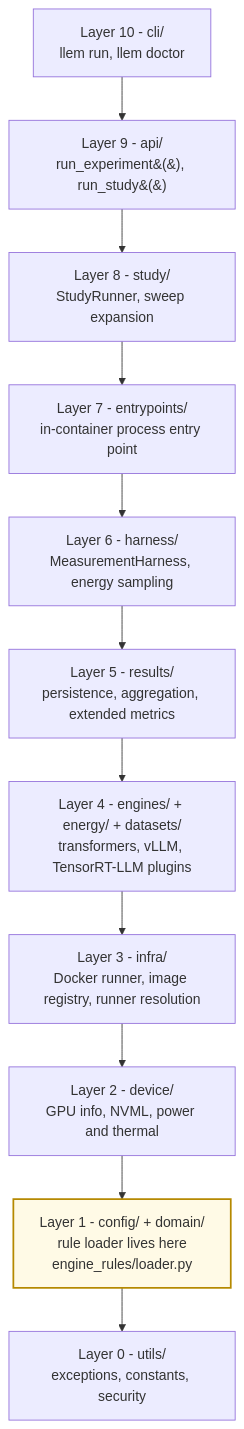
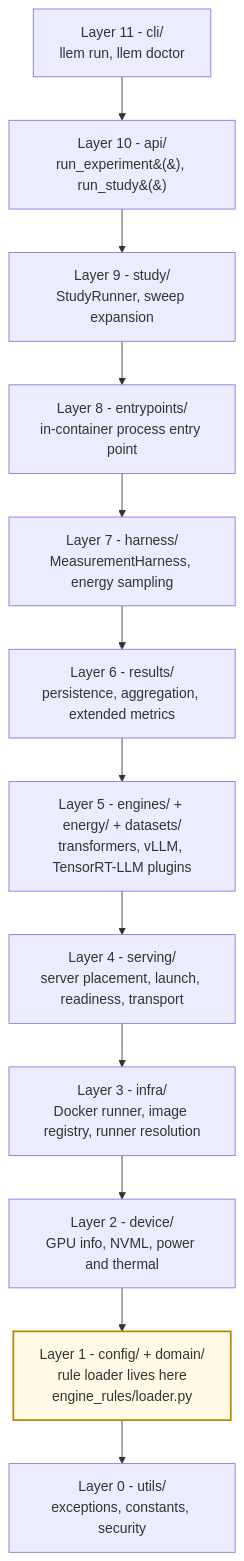
Before and after one commit to henrycgbaker/LLenergyMeasure: the second of 2 diagrams in docs/explanation/architecture/architecture-overview.md, drawn with Mermaid. The commit also changed other lines of this file and 35 other files, not shown here.

First line of the commit message:
refactor(serving): extract the serving layer from infra (#936)

````diff
--- a/docs/explanation/architecture/architecture-overview.md
+++ b/docs/explanation/architecture/architecture-overview.md
@@ -92,19 +92,20 @@
 ```mermaid
 flowchart TD
-    L10["Layer 10 - cli/<br/>llem run, llem doctor"]
-    L9["Layer 9 - api/<br/>run_experiment&#40;&#41;, run_study&#40;&#41;"]
-    L8["Layer 8 - study/<br/>StudyRunner, sweep expansion"]
-    L7["Layer 7 - entrypoints/<br/>in-container process entry point"]
-    L6["Layer 6 - harness/<br/>MeasurementHarness, energy sampling"]
-    L5["Layer 5 - results/<br/>persistence, aggregation, extended metrics"]
-    L4["Layer 4 - engines/ + energy/ + datasets/<br/>transformers, vLLM, TensorRT-LLM plugins"]
+    L11["Layer 11 - cli/<br/>llem run, llem doctor"]
+    L10["Layer 10 - api/<br/>run_experiment&#40;&#41;, run_study&#40;&#41;"]
+    L9["Layer 9 - study/<br/>StudyRunner, sweep expansion"]
+    L8["Layer 8 - entrypoints/<br/>in-container process entry point"]
+    L7["Layer 7 - harness/<br/>MeasurementHarness, energy sampling"]
+    L6["Layer 6 - results/<br/>persistence, aggregation, extended metrics"]
+    L5["Layer 5 - engines/ + energy/ + datasets/<br/>transformers, vLLM, TensorRT-LLM plugins"]
+    L4["Layer 4 - serving/<br/>server placement, launch, readiness, transport"]
     L3["Layer 3 - infra/<br/>Docker runner, image registry, runner resolution"]
     L2["Layer 2 - device/<br/>GPU info, NVML, power and thermal"]
     L1["Layer 1 - config/ + domain/<br/>rule loader lives here<br/>engine_rules/loader.py"]
     L0["Layer 0 - utils/<br/>exceptions, constants, security"]
 
-    L10 --> L9 --> L8 --> L7 --> L6 --> L5 --> L4 --> L3 --> L2 --> L1 --> L0
+    L11 --> L10 --> L9 --> L8 --> L7 --> L6 --> L5 --> L4 --> L3 --> L2 --> L1 --> L0
 
     classDef target fill:#fffae6,stroke:#b58900,stroke-width:2px;
     class L1 target;
 ```
````
